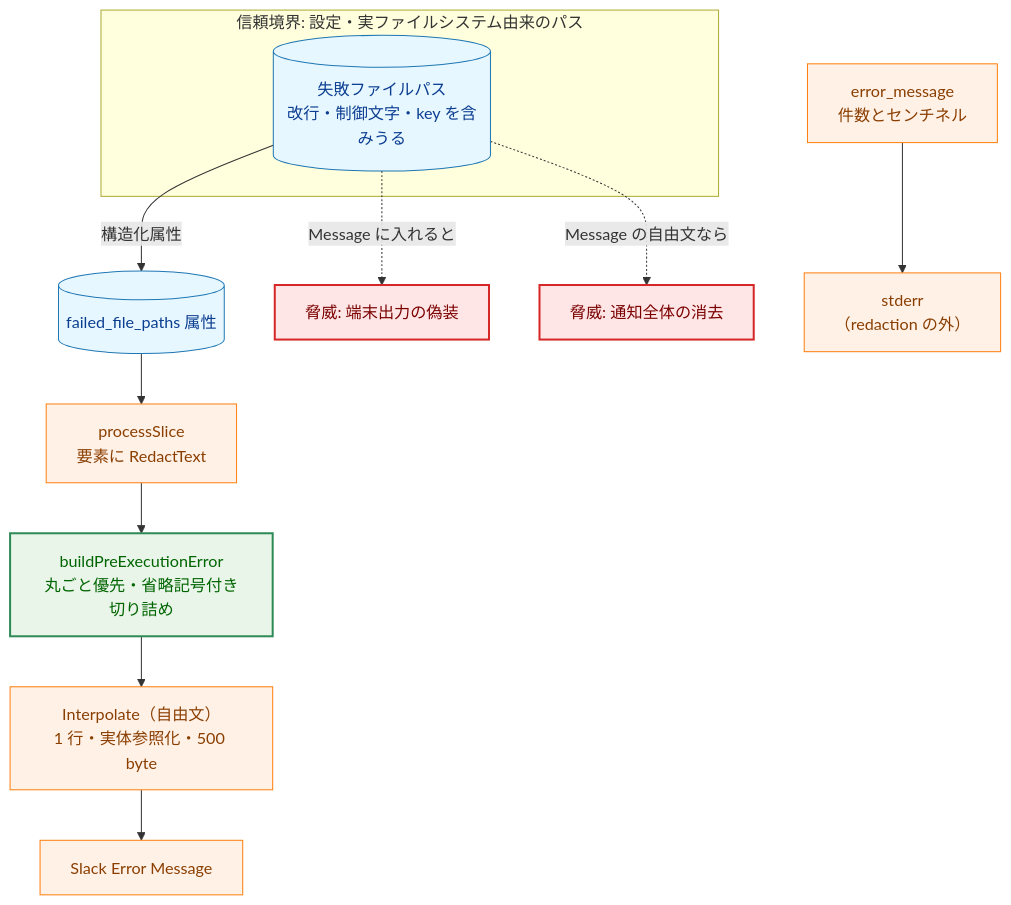
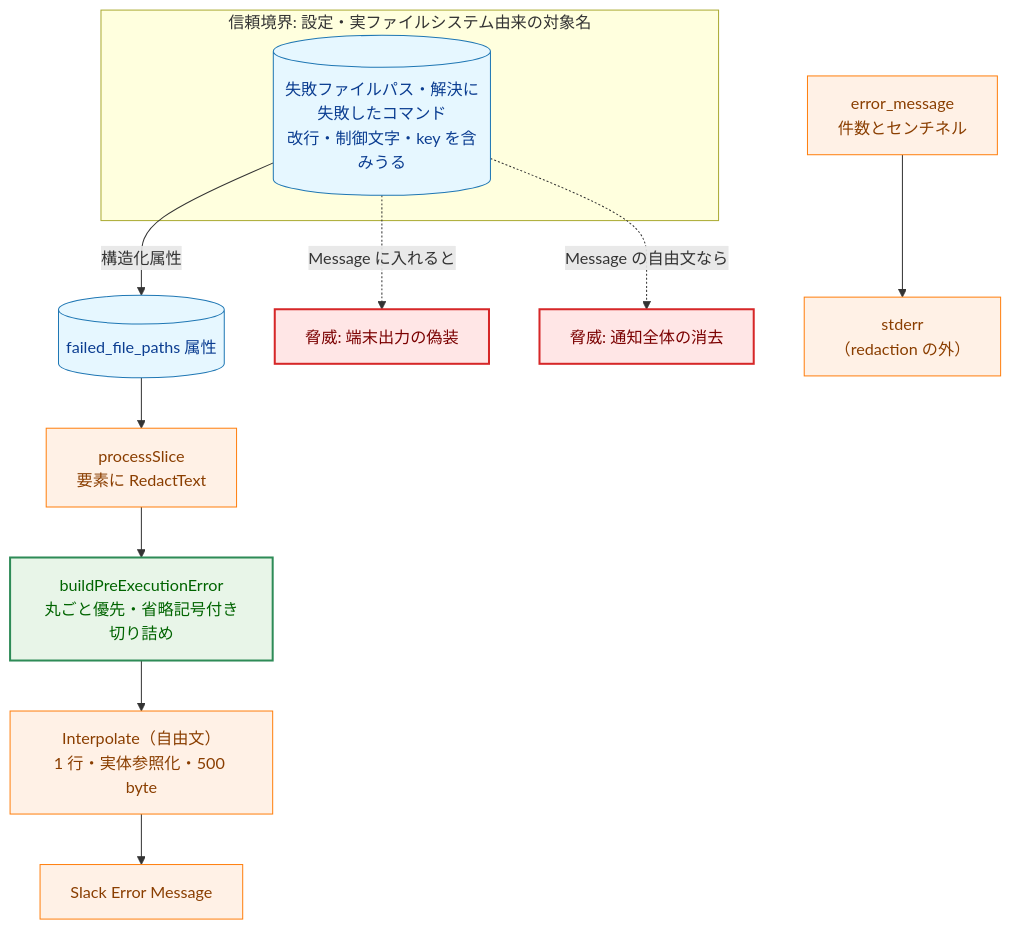
The ninth of 10 diagrams in docs/tasks/0175_group_verification_error_failed_files/02_architecture.md (isseis/go-safe-cmd-runner), drawn with Mermaid before and after one commit. The commit also changed other lines of this file and 1 other file, not shown here.

````diff
--- a/docs/tasks/0175_group_verification_error_failed_files/02_architecture.md
+++ b/docs/tasks/0175_group_verification_error_failed_files/02_architecture.md
@@ -441,24 +465,24 @@
 ```mermaid
 flowchart TD
     classDef data fill:#e6f7ff,stroke:#1f77b4,stroke-width:1px,color:#0b3d91;
     classDef process fill:#fff1e6,stroke:#ff7f0e,stroke-width:1px,color:#8a3e00;
     classDef enhanced fill:#e8f5e8,stroke:#2e8b57,stroke-width:2px,color:#006400;
     classDef problem fill:#ffe6e6,stroke:#d62728,stroke-width:2px,color:#7b0000;
 
-    subgraph SRC["信頼境界: 設定・実ファイルシステム由来のパス"]
-        PATH[("失敗ファイルパス<br>改行・制御文字・key を含みうる")]
+    subgraph SRC["信頼境界: 設定・実ファイルシステム由来の対象名"]
+        PATH[("失敗ファイルパス・解決に失敗したコマンド<br>改行・制御文字・key を含みうる")]
     end
     PATH -->|"構造化属性"| FF[("failed_file_paths 属性")]
     FF --> RED["processSlice<br>要素に RedactText"]
     RED --> BUILD["buildPreExecutionError<br>丸ごと優先・省略記号付き切り詰め"]
     BUILD --> INT["Interpolate（自由文）<br>1 行・実体参照化・500 byte"]
     INT --> SLACK["Slack Error Message"]
     MSG["error_message<br>件数とセンチネル"] --> STDERR["stderr<br>（redaction の外）"]
     PATH -.->|"Message に入れると"| T1["脅威: 端末出力の偽装"]
     PATH -.->|"Message の自由文なら"| T2["脅威: 通知全体の消去"]
 
     class PATH,FF data
     class MSG,STDERR,RED,INT,SLACK process
     class BUILD enhanced
     class T1,T2 problem
 ```
````
